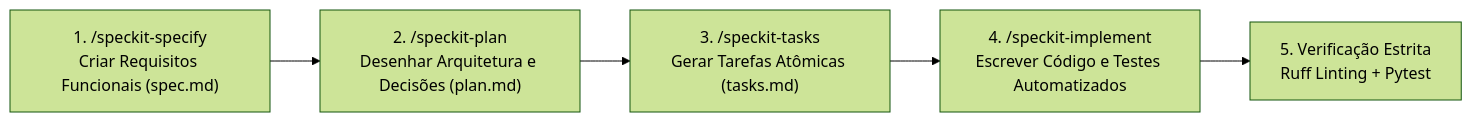
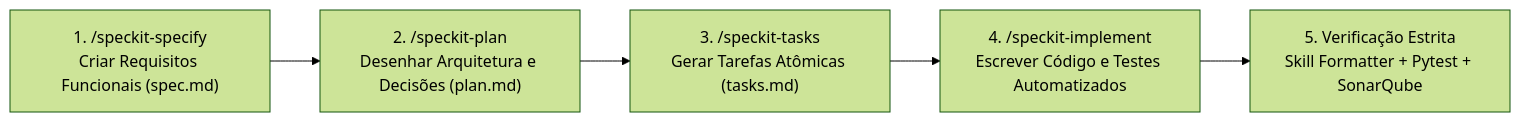
Before and after one commit to castrocristiano/contas: the diagram in wiki/06-Metodologia-Spec-Driven.md, drawn with Mermaid (forest theme). The commit also changed other lines of this file and 12 other files, not shown here.

````diff
--- a/wiki/06-Metodologia-Spec-Driven.md
+++ b/wiki/06-Metodologia-Spec-Driven.md
@@ -11,7 +11,7 @@
 ```mermaid
 flowchart LR
     Specify["1. /speckit-specify<br>Criar Requisitos Funcionais (spec.md)"] --> Plan["2. /speckit-plan<br>Desenhar Arquitetura e Decisões (plan.md)"]
     Plan --> Tasks["3. /speckit-tasks<br>Gerar Tarefas Atômicas (tasks.md)"]
     Tasks --> Implement["4. /speckit-implement<br>Escrever Código e Testes Automatizados"]
-    Implement --> Verify["5. Verificação Estrita<br>Ruff Linting + Pytest"]
+    Implement --> Verify["5. Verificação Estrita<br>Skill Formatter + Pytest + SonarQube"]
 ```
````
